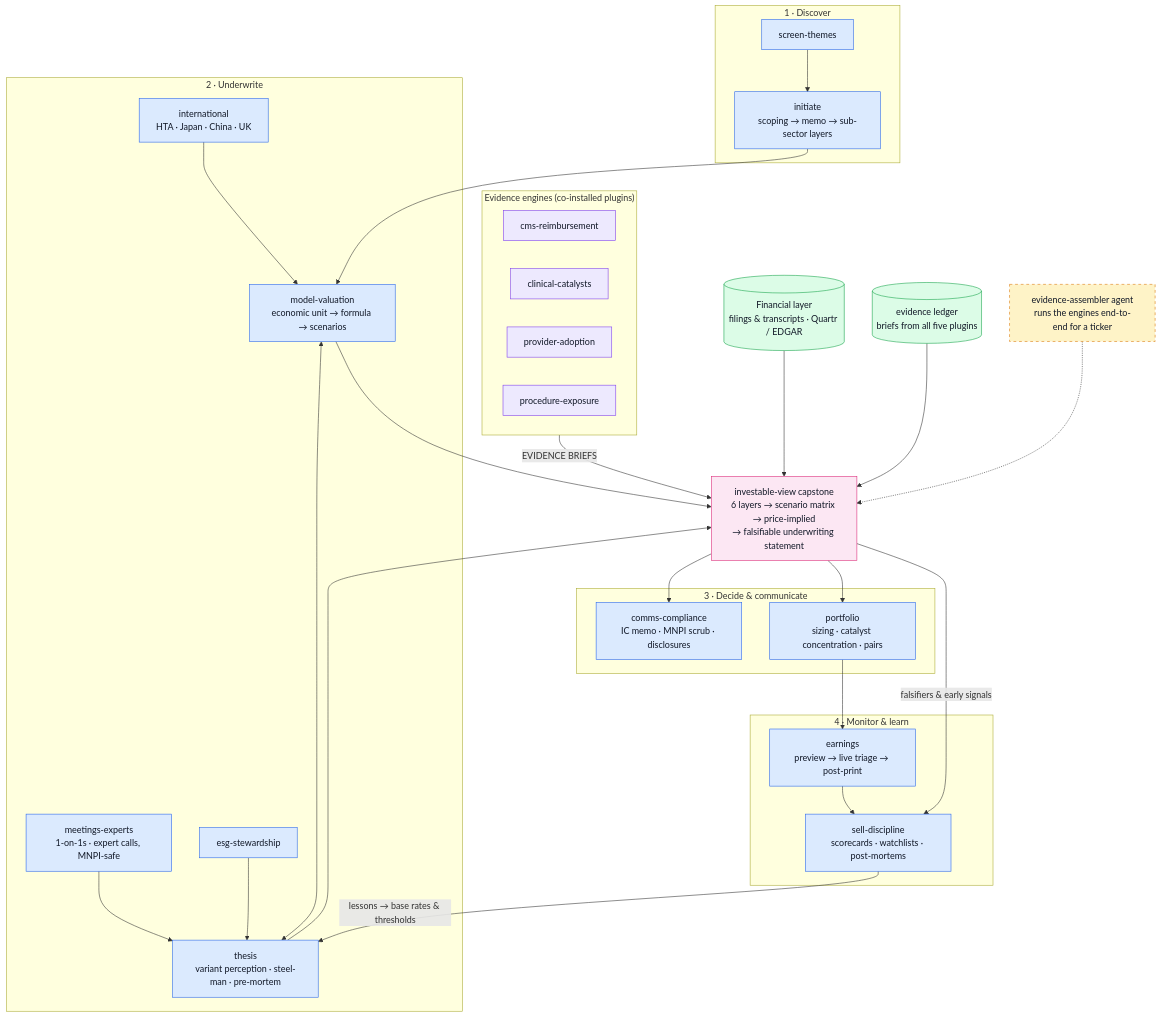
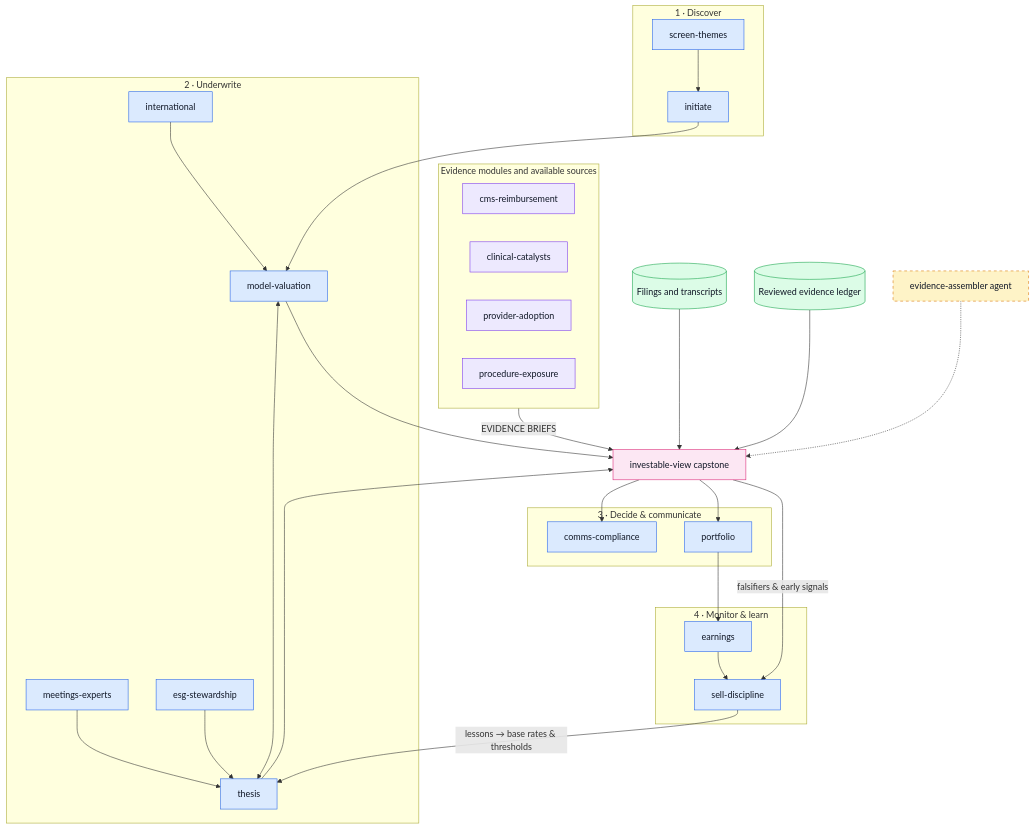
Before and after one commit to hh-health-AI/healthcare-equity: the diagram in README.md, drawn with Mermaid. The commit also changed other lines of this file and 57 other files, not shown here.

````diff
--- a/README.md
+++ b/README.md
@@ -87,50 +66,50 @@
 ```mermaid
 flowchart TD
     subgraph DISC["1 · Discover"]
-        ST["screen-themes"] --> IN["initiate<br/>scoping → memo → sub-sector layers"]
+        ST["screen-themes"] --> IN["initiate"]
     end
-    subgraph ENG["Evidence engines (co-installed plugins)"]
+    subgraph ENG["Evidence modules and available sources"]
         E1["cms-reimbursement"]
         E2["clinical-catalysts"]
         E3["provider-adoption"]
         E4["procedure-exposure"]
     end
-    FIN[("Financial layer<br/>filings & transcripts · Quartr / EDGAR")]
+    FIN[("Filings and transcripts")]
     subgraph UW["2 · Underwrite"]
-        MV["model-valuation<br/>economic unit → formula → scenarios"] <--> TH["thesis<br/>variant perception · steel-man · pre-mortem"]
-        ME["meetings-experts<br/>1-on-1s · expert calls, MNPI-safe"] --> TH
-        INTL["international<br/>HTA · Japan · China · UK"] --> MV
+        MV["model-valuation"] <--> TH["thesis"]
+        ME["meetings-experts"] --> TH
+        INTL["international"] --> MV
         ESG["esg-stewardship"] --> TH
     end
     IN --> MV
     ENG -->|EVIDENCE BRIEFS| IV
     FIN --> IV
-    LEDGER[("evidence ledger<br/>briefs from all five plugins")] --> IV
-    EA["evidence-assembler agent<br/>runs the engines end-to-end for a ticker"] -.-> IV
-    MV --> IV["investable-view capstone<br/>6 layers → scenario matrix → price-implied<br/>→ falsifiable underwriting statement"]
+    LEDGER[("Reviewed evidence ledger")] --> IV
+    EA["evidence-assembler agent"] -.-> IV
+    MV --> IV["investable-view capstone"]
     TH --> IV
     subgraph DEC["3 · Decide & communicate"]
-        CO["comms-compliance<br/>IC memo · MNPI scrub · disclosures"]
-        PO["portfolio<br/>sizing · catalyst concentration · pairs"]
+        CO["comms-compliance"]
+        PO["portfolio"]
     end
     IV --> CO
     IV --> PO
     subgraph MON["4 · Monitor & learn"]
-        EARN["earnings<br/>preview → live triage → post-print"] --> SD["sell-discipline<br/>scorecards · watchlists · post-mortems"]
+        EARN["earnings"] --> SD["sell-discipline"]
     end
     PO --> EARN
     IV -->|falsifiers & early signals| SD
     SD -->|lessons → base rates & thresholds| TH
 
     classDef skill fill:#dbeafe,stroke:#2563eb,color:#111827
     classDef data fill:#dcfce7,stroke:#16a34a,color:#111827
     classDef agent fill:#fef3c7,stroke:#d97706,color:#111827,stroke-dasharray:5 5
     classDef brief fill:#fce7f3,stroke:#db2777,color:#111827
     classDef note fill:#f3f4f6,stroke:#6b7280,color:#111827
     classDef ext fill:#ede9fe,stroke:#7c3aed,color:#111827
     class ST,IN,MV,TH,ME,INTL,ESG,CO,PO,EARN,SD skill
     class FIN,LEDGER data
     class EA agent
     class IV brief
     class E1,E2,E3,E4 ext
 ```
````
